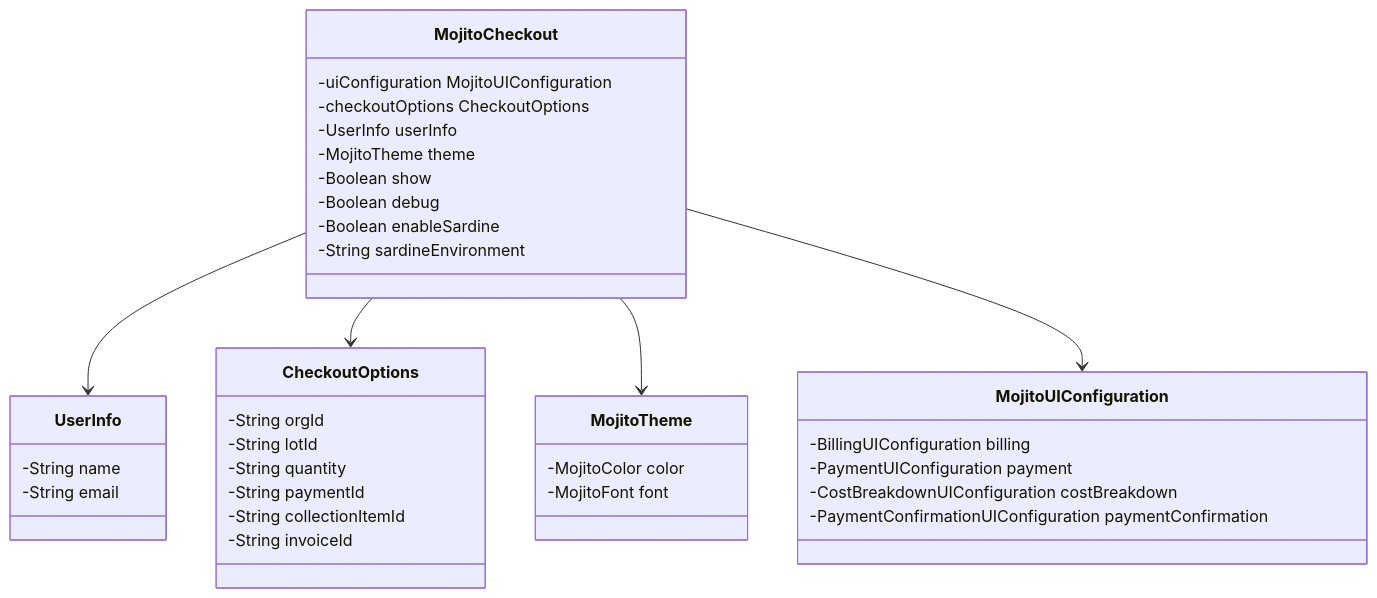
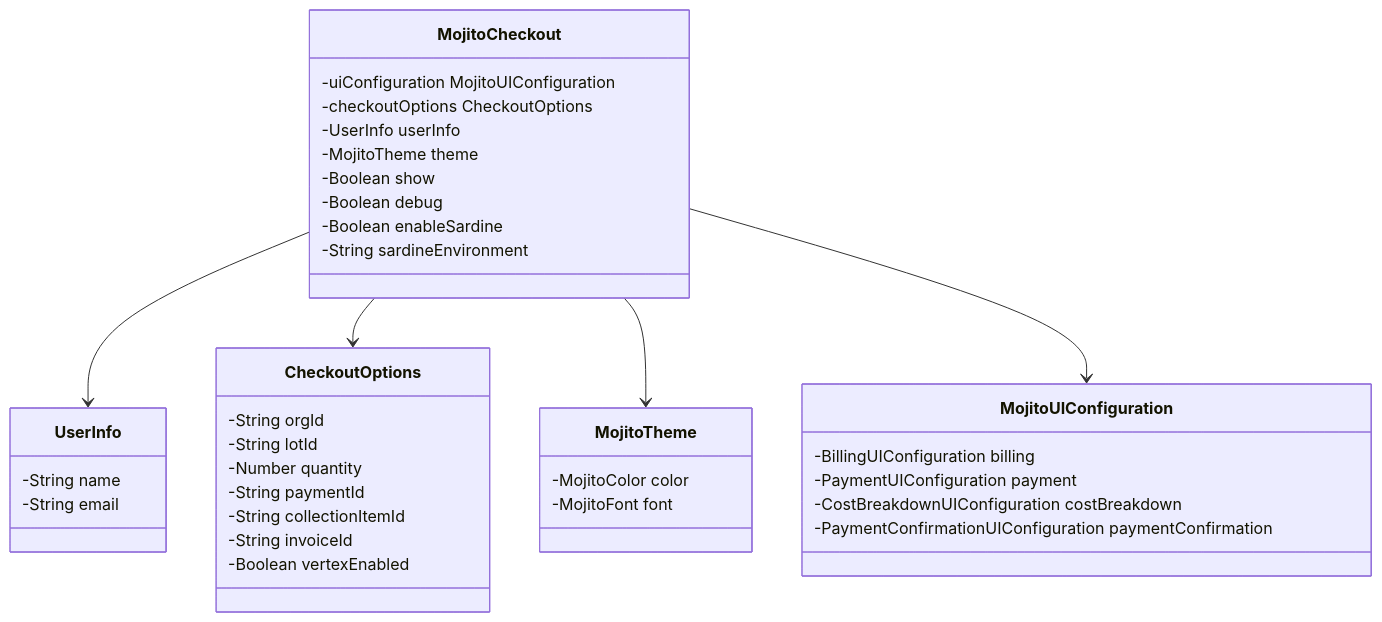
The diagram in architecture/architecture-class.mmd (mojitoinc/mojito-mixer-v2), drawn with Mermaid before and after one commit. The commit also changed 3 other files, not shown here.

```diff
--- a/architecture/architecture-class.mmd
+++ b/architecture/architecture-class.mmd
@@ -1,39 +1,40 @@
 classDiagram
 MojitoCheckout --> UserInfo
 MojitoCheckout --> CheckoutOptions
 MojitoCheckout --> MojitoTheme
 MojitoCheckout --> MojitoUIConfiguration 
 
 
 class MojitoCheckout{
     -uiConfiguration MojitoUIConfiguration
     -checkoutOptions CheckoutOptions
     -UserInfo userInfo
     -MojitoTheme theme
     -Boolean show
     -Boolean debug
     -Boolean enableSardine
     -String sardineEnvironment
 }
 class UserInfo {
     -String name
     -String email
 }
 class MojitoUIConfiguration {
     -BillingUIConfiguration billing
     -PaymentUIConfiguration payment
     -CostBreakdownUIConfiguration costBreakdown
     -PaymentConfirmationUIConfiguration paymentConfirmation
 }
 class MojitoTheme {
     -MojitoColor color
     -MojitoFont font
 }
 class CheckoutOptions {
   -String orgId
   -String lotId
-  -String quantity
+  -Number quantity
   -String paymentId
   -String collectionItemId
   -String invoiceId
+  -Boolean vertexEnabled
 }
```
